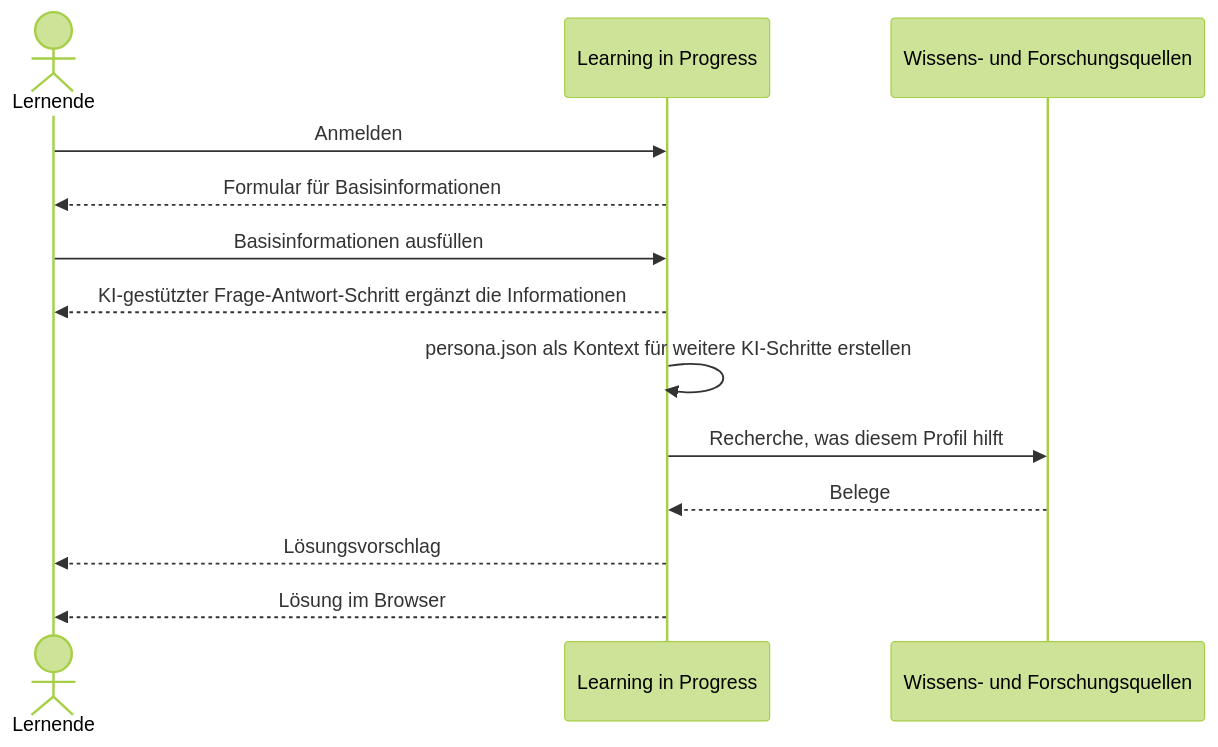
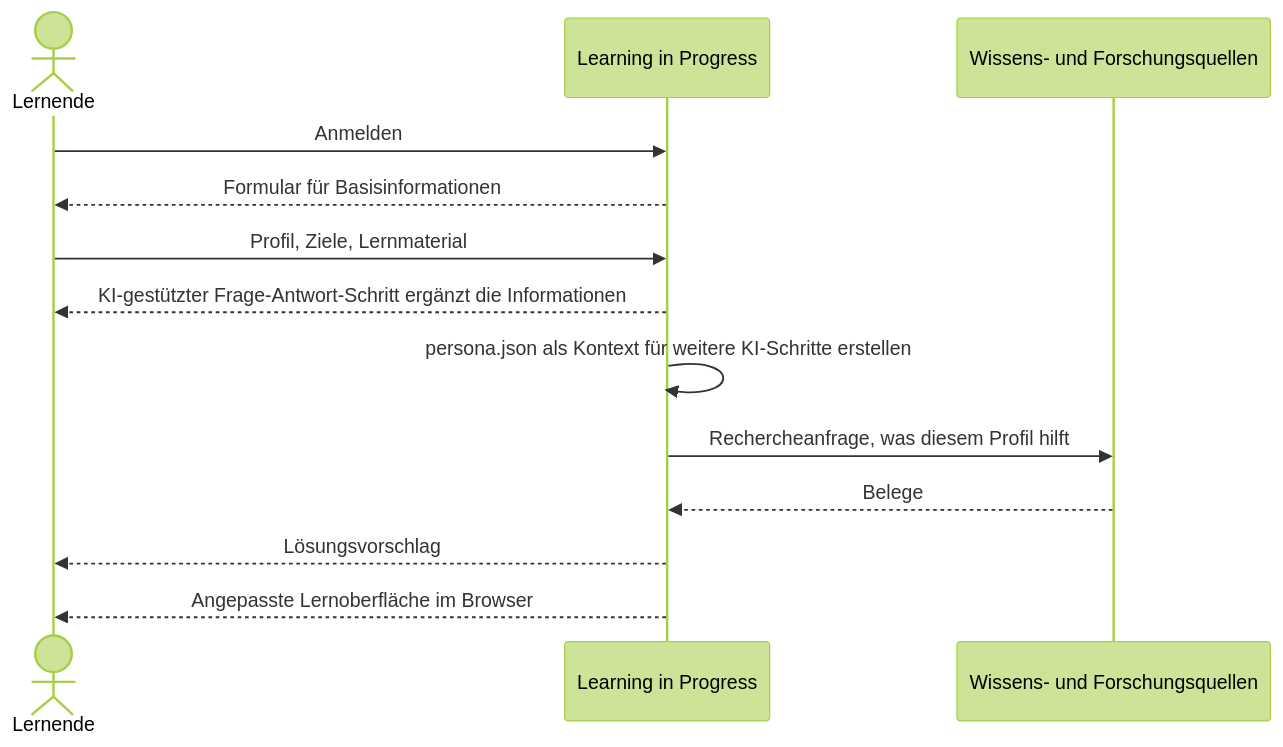
The first of 2 diagrams in doc/architecture/06-laufzeitsicht.md (jomatotu/learning-in-progress), drawn with Mermaid (forest theme) before and after one commit. The commit also changed other lines of this file, not shown here.

Commit message:
Enhance architectural documentation by refining the learning process descriptions and updating sequence diagrams. Clarify the roles of learning materials and knowledge sources, and introduce a new section on generating learning paths with detailed steps and interactions among agents.

````diff
--- a/doc/architecture/06-laufzeitsicht.md
+++ b/doc/architecture/06-laufzeitsicht.md
@@ -7,16 +7,16 @@
 ```mermaid
 sequenceDiagram
   actor Lernende
   participant System as Learning in Progress
   participant Quellen as Wissens- und Forschungsquellen
 
   Lernende->>System: Anmelden
   System-->>Lernende: Formular für Basisinformationen
-  Lernende->>System: Basisinformationen ausfüllen
+  Lernende->>System: Profil, Ziele, Lernmaterial
   System-->>Lernende: KI-gestützter Frage-Antwort-Schritt ergänzt die Informationen
   System->>System: persona.json als Kontext für weitere KI-Schritte erstellen
-  System->>Quellen: Recherche, was diesem Profil hilft
+  System->>Quellen: Rechercheanfrage, was diesem Profil hilft
   Quellen-->>System: Belege
   System-->>Lernende: Lösungsvorschlag
-  System-->>Lernende: Lösung im Browser
+  System-->>Lernende: Angepasste Lernoberfläche im Browser
 ```
````
